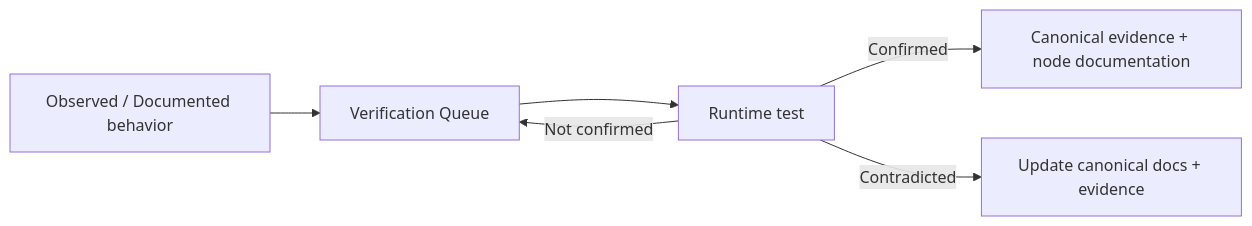
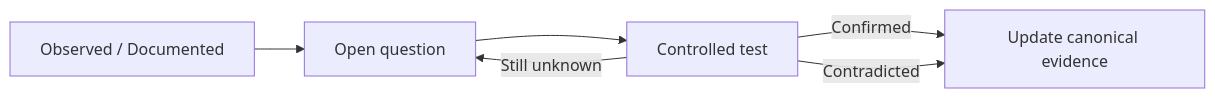
The diagram in 04-Verification/Verification-Queue.md (adityarane-ai/QI-Studio-Playbook), drawn with Mermaid before and after one commit. The commit also changed other lines of this file, not shown here.

Commit message:
replace oversized verification queue with active unresolved questions

````diff
--- a/04-Verification/Verification-Queue.md
+++ b/04-Verification/Verification-Queue.md
@@ -23,8 +7,8 @@
 ```mermaid
 flowchart LR
-    U[Observed / Documented behavior] --> Q[Verification Queue]
-    Q --> T[Runtime test]
-    T -->|Confirmed| E[Canonical evidence + node documentation]
-    T -->|Not confirmed| Q
-    T -->|Contradicted| C[Update canonical docs + evidence]
+    O[Observed / Documented] --> Q[Open question]
+    Q --> T[Controlled test]
+    T -->|Confirmed| C[Update canonical evidence]
+    T -->|Still unknown| Q
+    T -->|Contradicted| C
 ```
````
